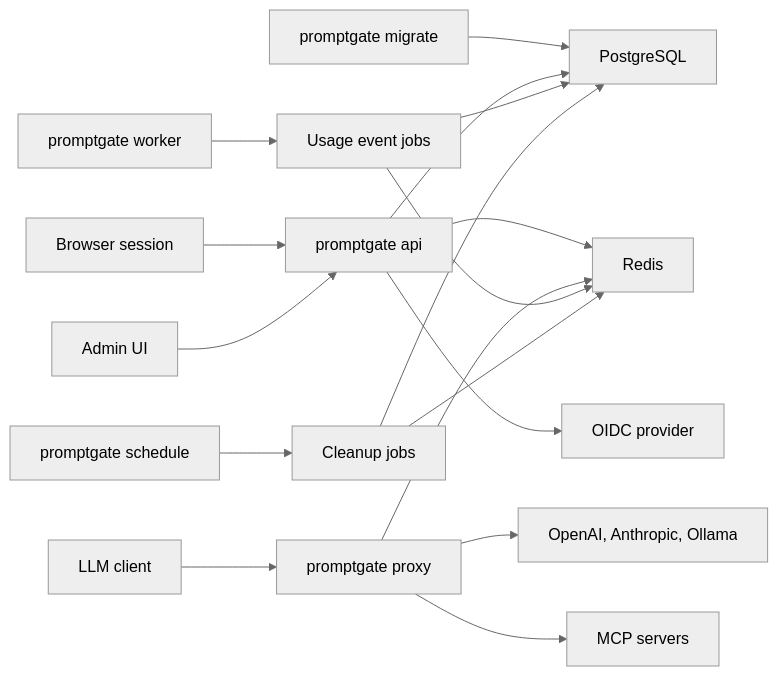
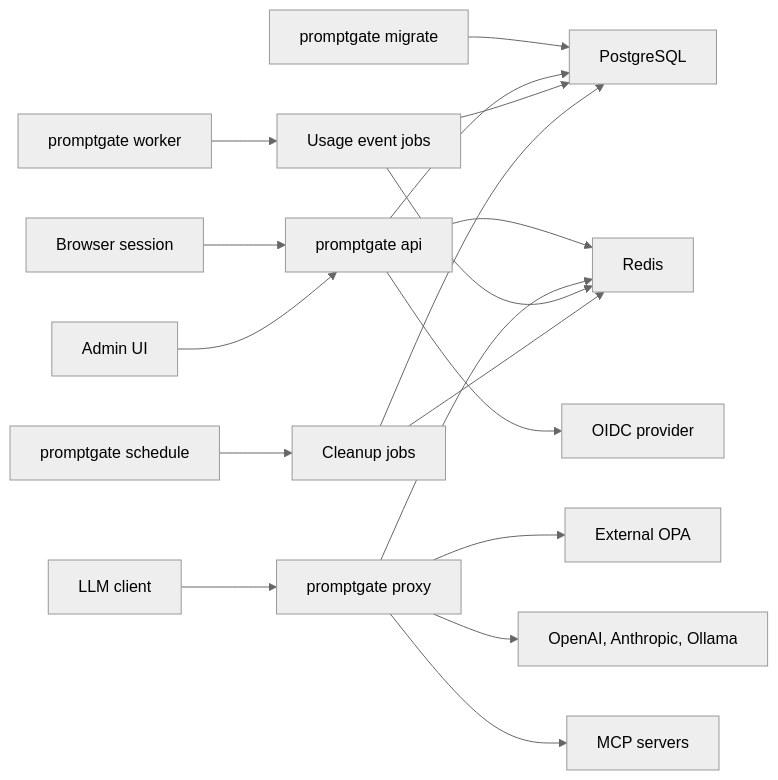
The first of 4 diagrams in docs/architecture.md (thomas-illiet/prompt-gate), drawn with Mermaid (neutral theme) before and after one commit. The commit also changed other lines of this file and 91 other files, not shown here.

Commit message:
feat: replace firewall with external OPA

````diff
--- a/docs/architecture.md
+++ b/docs/architecture.md
@@ -9,22 +9,23 @@
 ```mermaid
 flowchart LR
     Browser["Browser session"] --> API["promptgate api"]
     Admin["Admin UI"] --> API
     Client["LLM client"] --> Proxy["promptgate proxy"]
     Worker["promptgate worker"] --> WorkerJobs["Usage event jobs"]
     Schedule["promptgate schedule"] --> Jobs["Cleanup jobs"]
     Migrate["promptgate migrate"] --> DB["PostgreSQL"]
 
     API --> DB
     WorkerJobs --> DB
     Jobs --> DB
 
     API --> Redis["Redis"]
     Proxy --> Redis
+    Proxy --> OPA["External OPA"]
     WorkerJobs --> Redis
     Jobs --> Redis
 
     API --> OIDC["OIDC provider"]
     Proxy --> Providers["OpenAI, Anthropic, Ollama"]
     Proxy --> MCP["MCP servers"]
 ```
````
